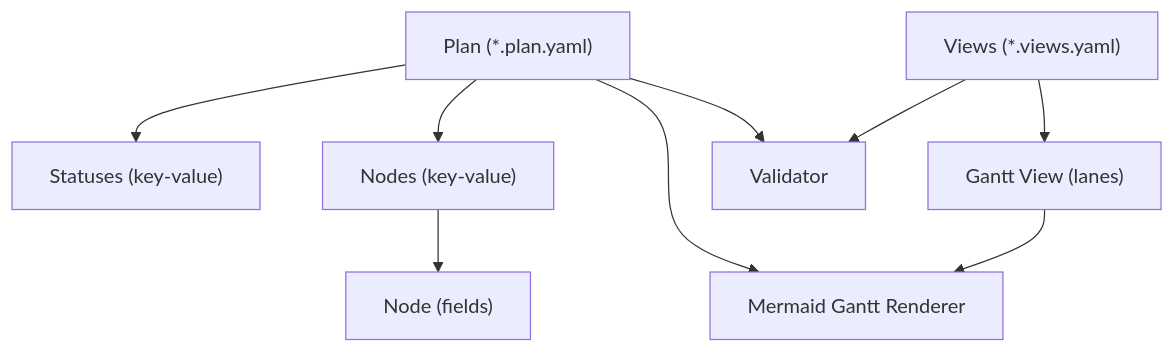
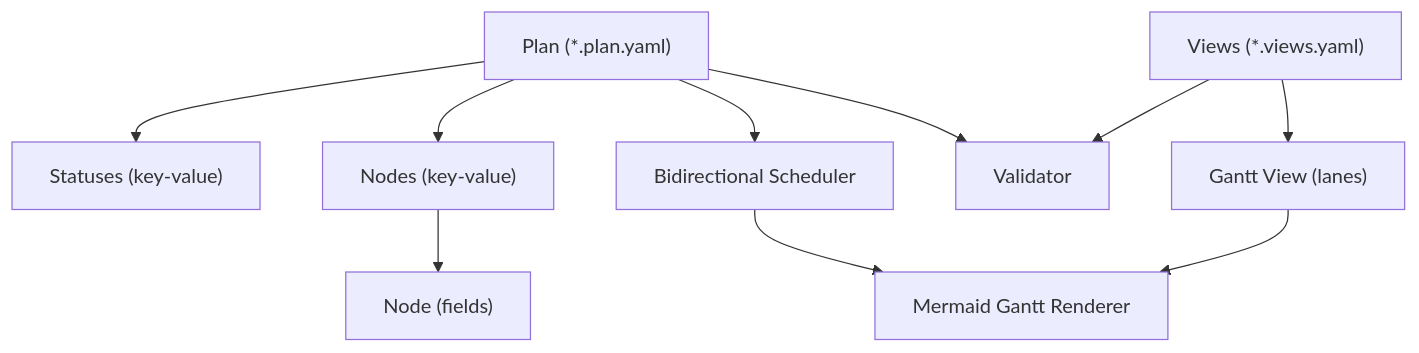
One commit to asukhodko/opskarta changed the second of 9 diagrams in .qoder/repowiki/en/content/Specification Reference/Data Models/Data Models.md. Above: the diagram before and after it, drawn with Mermaid. The commit also changed other lines of this file and 7 other files, not shown here.

````diff
--- a/.qoder/repowiki/en/content/Specification Reference/Data Models/Data Models.md
+++ b/.qoder/repowiki/en/content/Specification Reference/Data Models/Data Models.md
@@ -200,19 +231,21 @@
 ```mermaid
 graph TB
 Plan["Plan (*.plan.yaml)"]
 Statuses["Statuses (key-value)"]
 Nodes["Nodes (key-value)"]
 Node["Node (fields)"]
 Views["Views (*.views.yaml)"]
 GanttView["Gantt View (lanes)"]
 Renderer["Mermaid Gantt Renderer"]
 Validator["Validator"]
+Scheduler["Bidirectional Scheduler"]
 Plan --> Statuses
 Plan --> Nodes
 Nodes --> Node
 Views --> GanttView
 Plan --> Validator
 Views --> Validator
-Plan --> Renderer
+Plan --> Scheduler
+Scheduler --> Renderer
 GanttView --> Renderer
 ```
````
